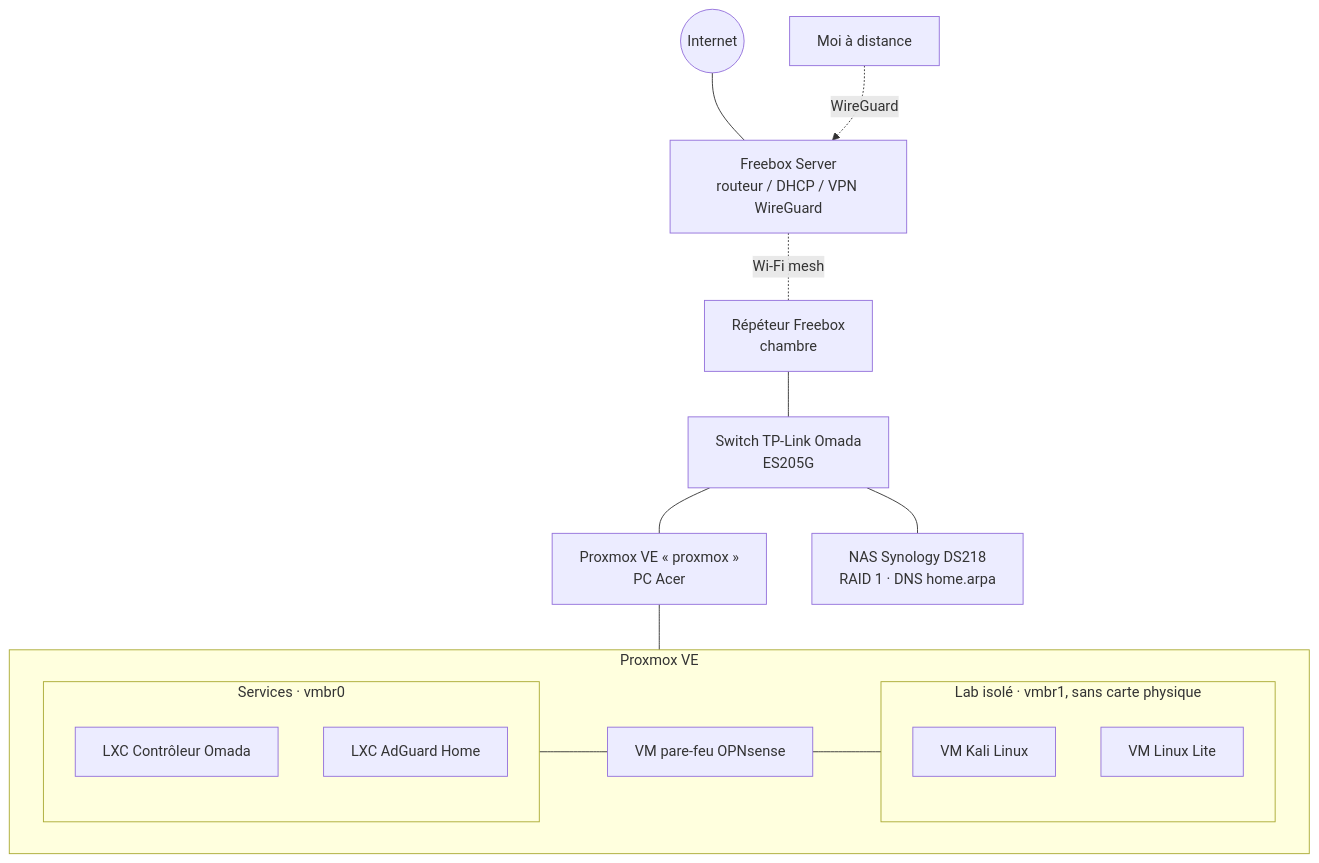
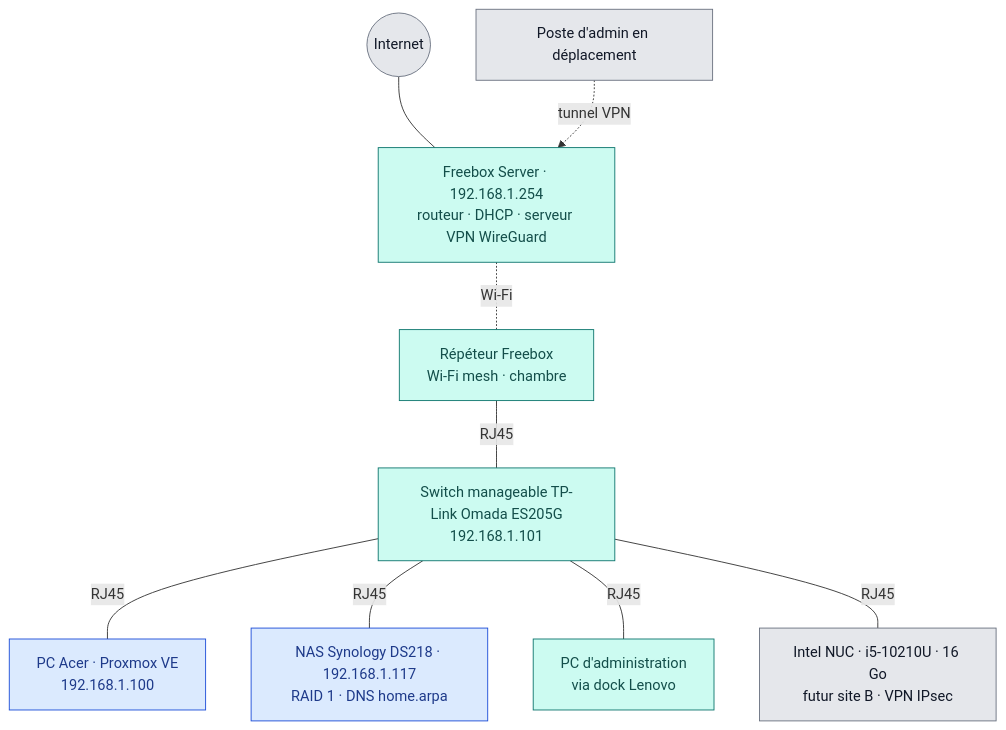
One commit to jobb02/homelab changed the first of 2 diagrams in README.md. Above: the diagram before and after it, drawn with Mermaid. The commit also changed other lines of this file, not shown here.

````diff
--- a/README.md
+++ b/README.md
@@ -13,24 +15,28 @@
 ```mermaid
 flowchart TB
-    Internet((Internet)) --- FBX[Freebox Server<br/>routeur / DHCP / VPN WireGuard]
-    FBX -. Wi-Fi mesh .- REP[Répéteur Freebox<br/>chambre]
-    REP --- SW[Switch TP-Link Omada<br/>ES205G]
-    SW --- PVE[Proxmox VE « proxmox »<br/>PC Acer]
-    SW --- NAS[NAS Synology DS218<br/>RAID 1 · DNS home.arpa]
+    Internet((Internet))
+    ADMDIST[Poste d'admin en déplacement]
+    FBX[Freebox Server · 192.168.1.254<br/>routeur · DHCP · serveur VPN WireGuard]
+    REP[Répéteur Freebox<br/>Wi-Fi mesh · chambre]
+    SW[Switch manageable TP-Link Omada ES205G<br/>192.168.1.101]
+    PVE[PC Acer · Proxmox VE<br/>192.168.1.100]
+    NAS[NAS Synology DS218 · 192.168.1.117<br/>RAID 1 · DNS home.arpa]
+    ADM[PC d'administration<br/>via dock Lenovo]
+    NUC[Intel NUC · i5-10210U · 16 Go<br/>futur site B · VPN IPsec]
 
-    subgraph PVE_G [Proxmox VE]
-        subgraph SRV [Services · vmbr0]
-            OMADA[LXC Contrôleur Omada]
-            ADG[LXC AdGuard Home]
-        end
-        FW[VM pare-feu OPNsense]
-        subgraph LAB [Lab isolé · vmbr1, sans carte physique]
-            KALI[VM Kali Linux]
-            LIN[VM Linux Lite]
-        end
-        SRV --- FW --- LAB
-    end
-    PVE --- PVE_G
+    Internet --- FBX
+    ADMDIST -. tunnel VPN .-> FBX
+    FBX -. Wi-Fi .- REP
+    REP -- RJ45 --- SW
+    SW -- RJ45 --- PVE
+    SW -- RJ45 --- NAS
+    SW -- RJ45 --- ADM
+    SW -- RJ45 --- NUC
 
-    Remote[Moi à distance] -. WireGuard .-> FBX
+    classDef ext fill:#E5E7EB,stroke:#6B7280,color:#111827
+    classDef net fill:#CCFBF1,stroke:#0F766E,color:#134E4A
+    classDef srv fill:#DBEAFE,stroke:#1D4ED8,color:#1E3A8A
+    class Internet,ADMDIST,NUC ext
+    class FBX,REP,SW,ADM net
+    class PVE,NAS srv
 ```
````
